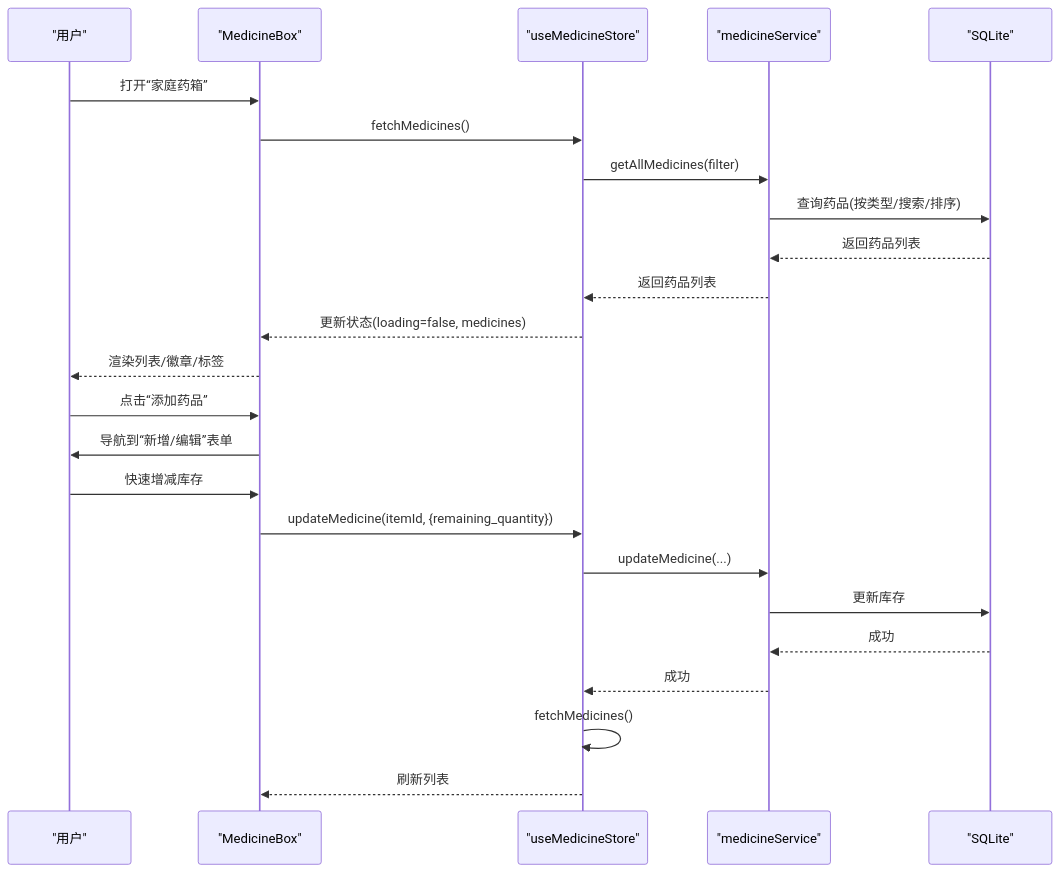
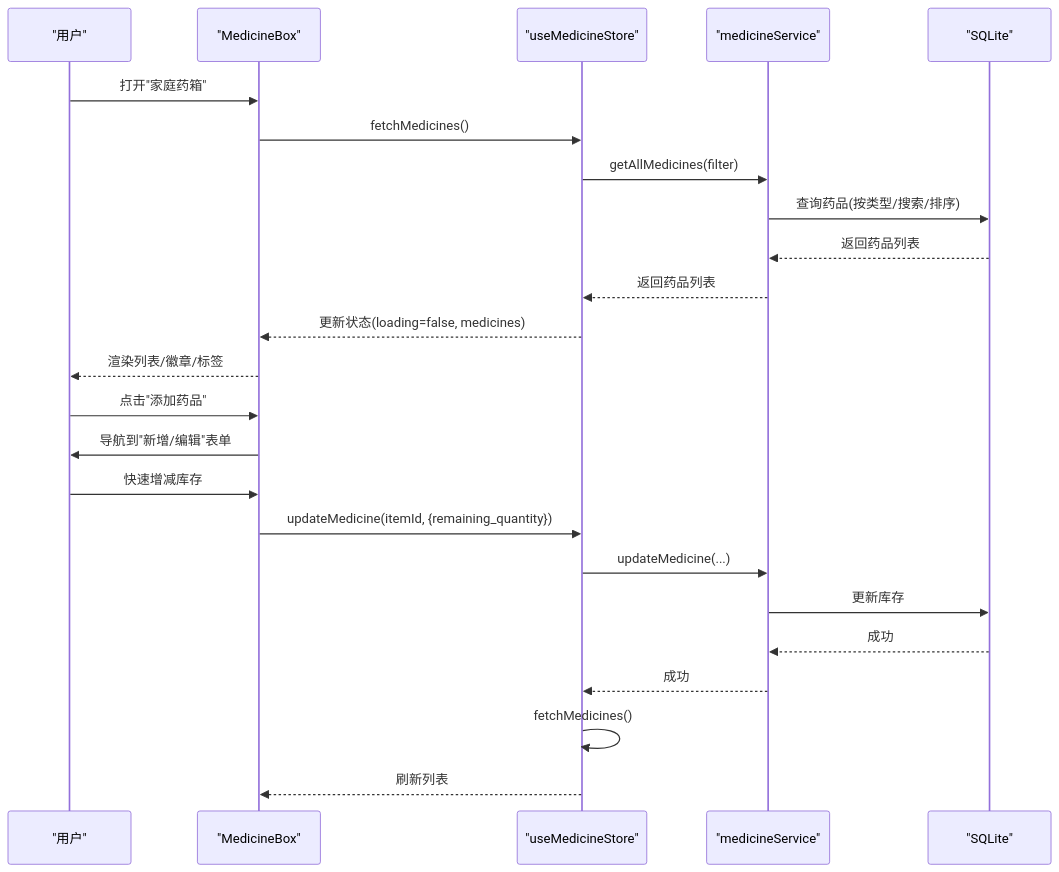
One commit to yn-zxj/Assetly changed the second of 10 diagrams in .qoder/repowiki/zh/content/项目概述/核心功能特性/药箱管理/药品列表管理.md. Above: the diagram before and after it, drawn with Mermaid. The commit also changed other lines of this file and 9 other files, not shown here.

````diff
--- a/.qoder/repowiki/zh/content/项目概述/核心功能特性/药箱管理/药品列表管理.md
+++ b/.qoder/repowiki/zh/content/项目概述/核心功能特性/药箱管理/药品列表管理.md
@@ -142,26 +160,26 @@
 ```mermaid
 sequenceDiagram
 participant U as "用户"
 participant MB as "MedicineBox"
 participant UMS as "useMedicineStore"
 participant MS as "medicineService"
 participant DB as "SQLite"
-U->>MB : 打开“家庭药箱”
+U->>MB : 打开"家庭药箱"
 MB->>UMS : fetchMedicines()
 UMS->>MS : getAllMedicines(filter)
 MS->>DB : 查询药品(按类型/搜索/排序)
 DB-->>MS : 返回药品列表
 MS-->>UMS : 返回药品列表
 UMS-->>MB : 更新状态(loading=false, medicines)
 MB-->>U : 渲染列表/徽章/标签
-U->>MB : 点击“添加药品”
-MB->>U : 导航到“新增/编辑”表单
+U->>MB : 点击"添加药品"
+MB->>U : 导航到"新增/编辑"表单
 U->>MB : 快速增减库存
 MB->>UMS : updateMedicine(itemId, {remaining_quantity})
 UMS->>MS : updateMedicine(...)
 MS->>DB : 更新库存
 DB-->>MS : 成功
 MS-->>UMS : 成功
 UMS->>UMS : fetchMedicines()
 UMS-->>MB : 刷新列表
 ```
````
